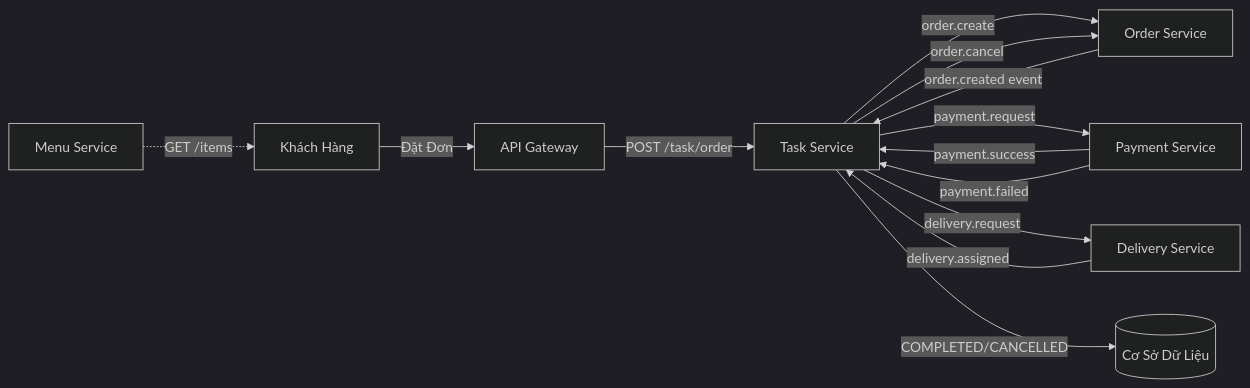
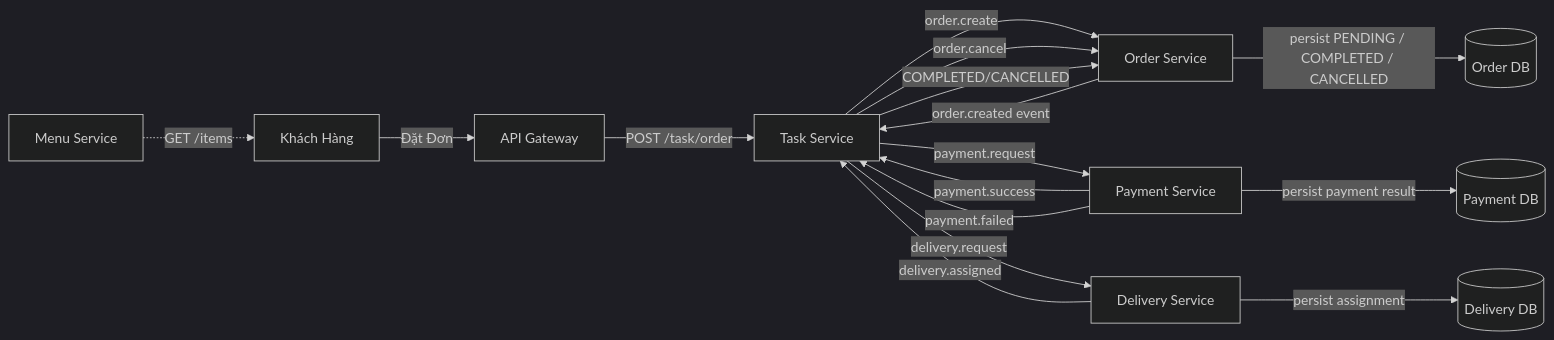
Before and after one commit to Dung1409/SOA: the first of 2 diagrams in analysis-and-design-new.md, drawn with Mermaid (dark theme). The commit also changed other lines of this file and 1 other file, not shown here.

````diff
--- a/analysis-and-design-new.md
+++ b/analysis-and-design-new.md
@@ -32,15 +69,18 @@
 ```mermaid
 flowchart LR
     C[Khách Hàng] -->|Đặt Đơn| API[API Gateway]
     API -->|POST /task/order| TS[Task Service]
     TS -->|order.create| OS[Order Service]
+  OS -->|persist PENDING / COMPLETED / CANCELLED| ODB[(Order DB)]
     OS -->|order.created event| TS
     TS -->|payment.request| PS[Payment Service]
+  PS -->|persist payment result| PDB[(Payment DB)]
     PS -->|payment.success| TS
     PS -->|payment.failed| TS
     TS -->|delivery.request| DS[Delivery Service]
+  DS -->|persist assignment| DDB[(Delivery DB)]
     DS -->|delivery.assigned| TS
     TS -->|order.cancel| OS
-    TS -->|COMPLETED/CANCELLED| DB[(Cơ Sở Dữ Liệu)]
+  TS -->|COMPLETED/CANCELLED| OS
     MS[Menu Service] -.->|GET /items| C
 ```
````
